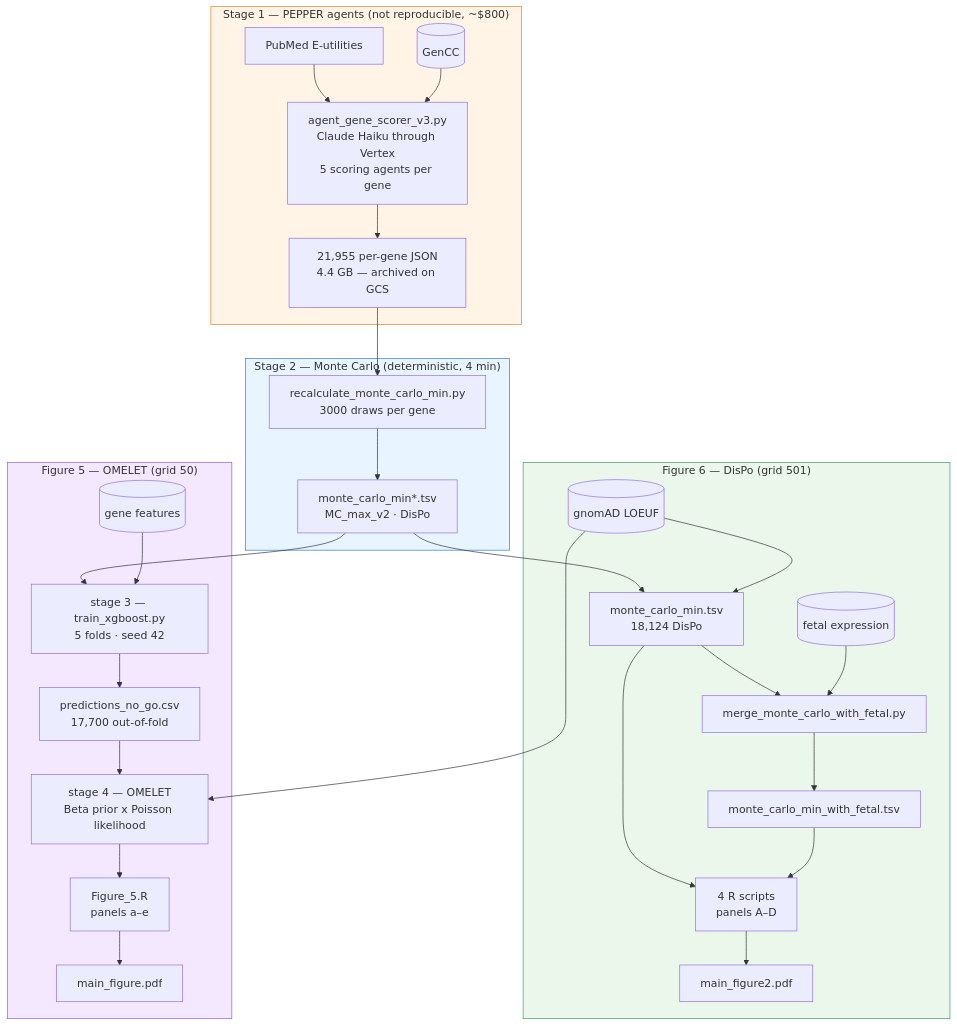
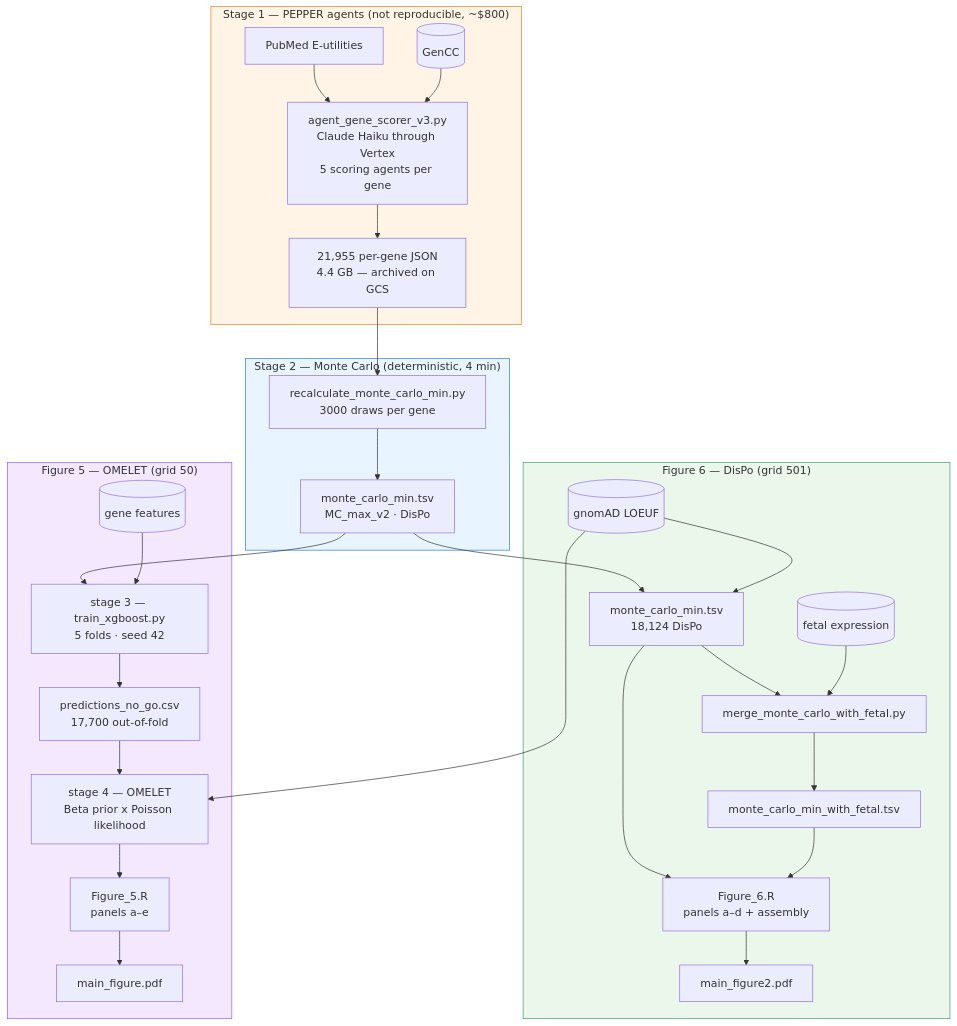
Before and after one commit to atgu/gnomAD_v4_flagship_paper: the diagram in agentic_pipeline/README.md, drawn with Mermaid. The commit also changed other lines of this file and 10 other files, not shown here.

First line of the commit message:
Draw Figure 6 from the published script, as Figure 5 already was

````diff
--- a/agentic_pipeline/README.md
+++ b/agentic_pipeline/README.md
@@ -37,40 +37,40 @@
 ```mermaid
 flowchart TD
     subgraph S1["Stage 1 — PEPPER agents (not reproducible, ~$800)"]
         PM[PubMed E-utilities] --> AG
         GC[(GenCC)] --> AG
         AG["agent_gene_scorer_v3.py<br/>Claude Haiku through Vertex<br/>5 scoring agents per gene"]
         AG --> JSON["21,955 per-gene JSON<br/>4.4 GB — archived on GCS"]
     end
 
     subgraph S2["Stage 2 — Monte Carlo (deterministic, 4 min)"]
         JSON --> MC["recalculate_monte_carlo_min.py<br/>3000 draws per gene"]
-        MC --> MCT["monte_carlo_min*.tsv<br/>MC_max_v2 · DisPo"]
+        MC --> MCT["monte_carlo_min.tsv<br/>MC_max_v2 · DisPo"]
     end
 
     subgraph F6["Figure 6 — DisPo (grid 501)"]
         MCT --> TSV["monte_carlo_min.tsv<br/>18,124 DisPo"]
         LO[("gnomAD LOEUF")] --> TSV
         TSV --> MG[merge_monte_carlo_with_fetal.py]
         FE[("fetal expression")] --> MG
         MG --> TSVF[monte_carlo_min_with_fetal.tsv]
-        TSV --> P6["4 R scripts<br/>panels A–D"]
+        TSV --> P6["Figure_6.R<br/>panels a–d + assembly"]
         TSVF --> P6
         P6 --> FIG6["main_figure2.pdf"]
     end
 
     subgraph F5["Figure 5 — OMELET (grid 50)"]
         MCT --> XGB["stage 3 — train_xgboost.py<br/>5 folds · seed 42"]
         GF[("gene features")] --> XGB
         XGB --> PRED["predictions_no_go.csv<br/>17,700 out-of-fold"]
         PRED --> OM["stage 4 — OMELET<br/>Beta prior x Poisson likelihood"]
         LO --> OM
         OM --> P5["Figure_5.R<br/>panels a–e"]
         P5 --> FIG5["main_figure.pdf"]
     end
 
     style S1 fill:#fff4e6,stroke:#d9822b
     style S2 fill:#e8f4ff,stroke:#2b7cd9
     style F6 fill:#eaf7ea,stroke:#3d9970
     style F5 fill:#f3e8ff,stroke:#8b5cf6
 ```
````
